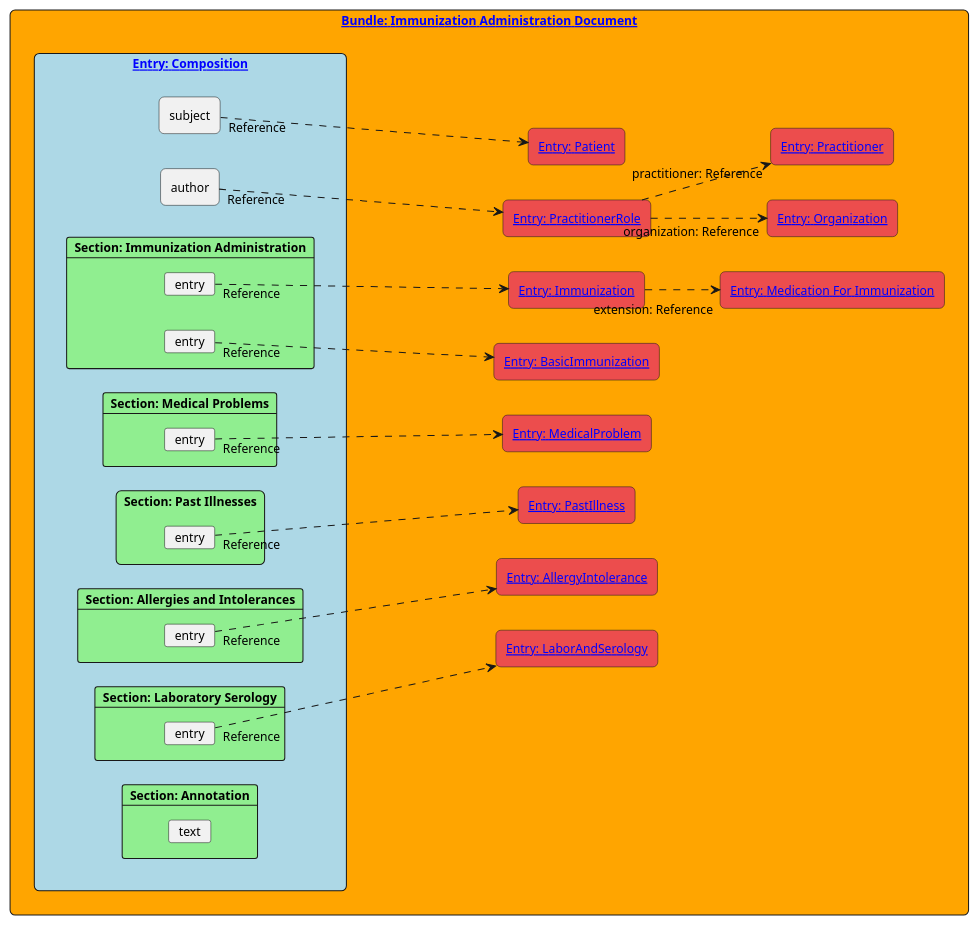
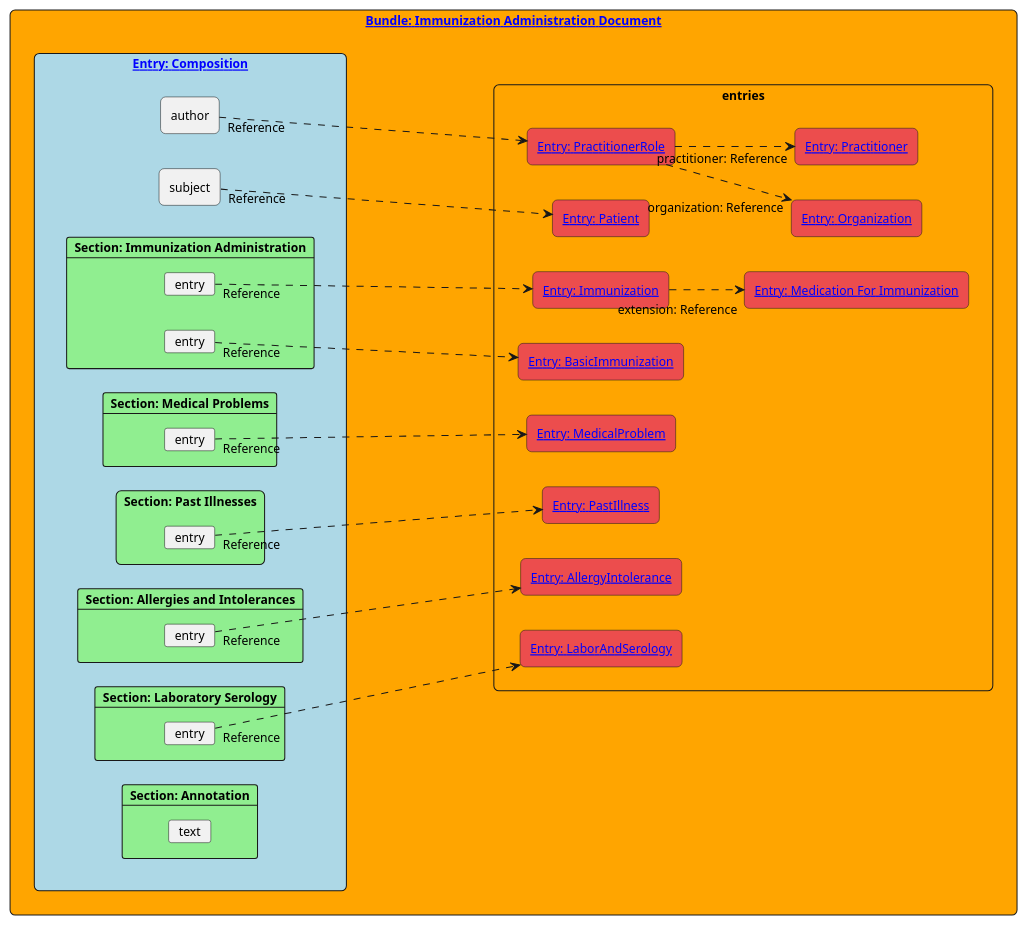
Before and after one commit to hl7ch/ch-vacd: the diagram in input/images-source/immunization-administration-document-elements.plantuml, drawn with PlantUML. The commit also changed 3 other files, not shown here.

```diff
--- a/input/images-source/immunization-administration-document-elements.plantuml
+++ b/input/images-source/immunization-administration-document-elements.plantuml
@@ -1,97 +1,99 @@
 @startuml
 skinparam shadowing false
 skinparam rectangle {
     roundCorner 10
 }
 
 skinparam linetype straight
 skinparam defaultFontSize 12
 
 left to right direction
 
 
 rectangle "[[StructureDefinition-ch-vacd-document-immunization-administration.html Bundle: Immunization Administration Document]]" as document #Orange {
 
     rectangle "[[StructureDefinition-ch-vacd-composition-immunization-administration.html Entry: Composition]]" as composition #Lightblue  {
         together {
             rectangle author
             rectangle subject
         }
 
         together {
             card "Section: Immunization Administration" #LightGreen {
                 card entry as entry1.1
                 card entry as entry1.2
             }
             card "Section: Medical Problems" #LightGreen {
                 card entry as entry2.1
             }
             rectangle "Section: Past Illnesses" #LightGreen {
                 card entry as entry3.1
             }
             card "Section: Allergies and Intolerances" #LightGreen {
                 card entry as entry4.1
             }
             card "Section: Laboratory Serology" #LightGreen {
                 card entry as entry5.1
             }
             card "Section: Annotation" #LightGreen {
                 card "text"
             }
         }
     }
 
-    together {
-        rectangle "[[http://fhir.ch/ig/ch-core/StructureDefinition/ch-core-patient-epr Entry: Patient]]" as patient #ec4d4dff {
-        }
+    rectangle "entries" as entries {
+        together {
+            rectangle "[[http://fhir.ch/ig/ch-core/StructureDefinition/ch-core-patient-epr Entry: Patient]]" as patient #ec4d4dff {
+            }
 
-        rectangle "[[http://fhir.ch/ig/ch-core/StructureDefinition/ch-core-practitionerrole-epr Entry: PractitionerRole]]" as practitionerrole #ec4d4dff {
-        }
+            rectangle "[[http://fhir.ch/ig/ch-core/StructureDefinition/ch-core-practitionerrole-epr Entry: PractitionerRole]]" as practitionerrole #ec4d4dff {
+            }
 
 
-        rectangle "[[StructureDefinition-ch-vacd-immunization.html Entry: Immunization]]" as immunization1 #ec4d4dff {
+            rectangle "[[StructureDefinition-ch-vacd-immunization.html Entry: Immunization]]" as immunization1 #ec4d4dff {
+            }
+
+            rectangle "[[StructureDefinition-ch-vacd-basic-immunization.html Entry: BasicImmunization]]" as basicimmunization #ec4d4dff {
+            }
+            rectangle "[[StructureDefinition-ch-vacd-medical-problems.html Entry: MedicalProblem]]" as medicalproblem #ec4d4dff {
+            }
+            rectangle "[[StructureDefinition-ch-vacd-pastillnesses.html Entry: PastIllness]]" as pastillness #ec4d4dff {
+            }
+            rectangle "[[StructureDefinition-ch-vacd-allergyintolerances.html Entry: AllergyIntolerance]]" as allergyintolerance #ec4d4dff {
+            }
+            rectangle "[[StructureDefinition-ch-vacd-laboratory-serology.html Entry: LaborAndSerology]]" as laborandserology #ec4d4dff {
+            }
+
         }
+        together {
+            rectangle "[[http://fhir.ch/ig/ch-core/StructureDefinition/ch-core-practitioner-epr Entry: Practitioner]]" as practitioner #ec4d4dff {
+            }
+            rectangle "[[http://fhir.ch/ig/ch-core/StructureDefinition/ch-core-organization-epr Entry: Organization]]" as organization #ec4d4dff {
+            }
 
-        rectangle "[[StructureDefinition-ch-vacd-basic-immunization.html Entry: BasicImmunization]]" as basicimmunization #ec4d4dff {
-        }
-        rectangle "[[StructureDefinition-ch-vacd-medical-problems.html Entry: MedicalProblem]]" as medicalproblem #ec4d4dff {
-        }
-        rectangle "[[StructureDefinition-ch-vacd-pastillnesses.html Entry: PastIllness]]" as pastillness #ec4d4dff {
-        }
-        rectangle "[[StructureDefinition-ch-vacd-allergyintolerances.html Entry: AllergyIntolerance]]" as allergyintolerance #ec4d4dff {
-        }
-        rectangle "[[StructureDefinition-ch-vacd-laboratory-serology.html Entry: LaborAndSerology]]" as laborandserology #ec4d4dff {
-        }
-
-    }
-    together {
-        rectangle "[[http://fhir.ch/ig/ch-core/StructureDefinition/ch-core-practitioner-epr Entry: Practitioner]]" as practitioner #ec4d4dff {
-        }
-        rectangle "[[http://fhir.ch/ig/ch-core/StructureDefinition/ch-core-organization-epr Entry: Organization]]" as organization #ec4d4dff {
-        }
-
-        rectangle "[[StructureDefinition-ch-vacd-medication-for-immunization.html Entry: Medication For Immunization]]" as mediforimmun #ec4d4dff {
+            rectangle "[[StructureDefinition-ch-vacd-medication-for-immunization.html Entry: Medication For Immunization]]" as mediforimmun #ec4d4dff {
+            }
         }
     }
 }
 
 
 subject "Reference"..> patient
 author "Reference"..> practitionerrole
 practitionerrole ..>"organization: Reference" organization
 practitionerrole ..>"practitioner: Reference" practitioner
 
 entry1.1 "Reference"..> immunization1
 immunization1 ..>"extension: Reference" mediforimmun
 entry1.2 "Reference"..> basicimmunization
 
 entry2.1 "Reference"..> medicalproblem
 
 entry3.1 "Reference"..> pastillness
 
 entry4.1 "Reference"..> allergyintolerance
 
 entry5.1 "Reference"..> laborandserology
 
 
 @enduml
```
